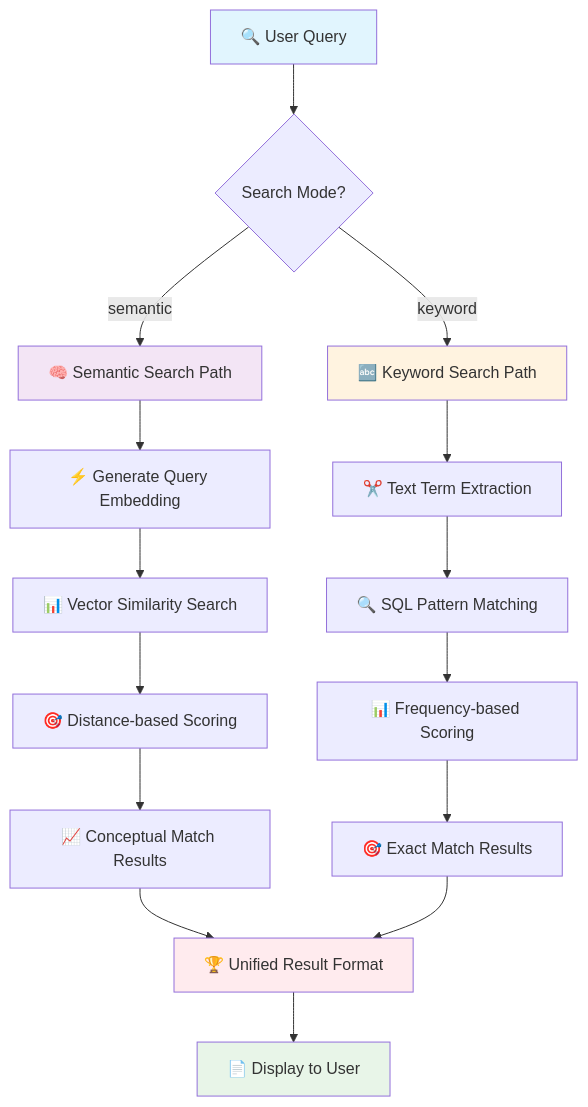
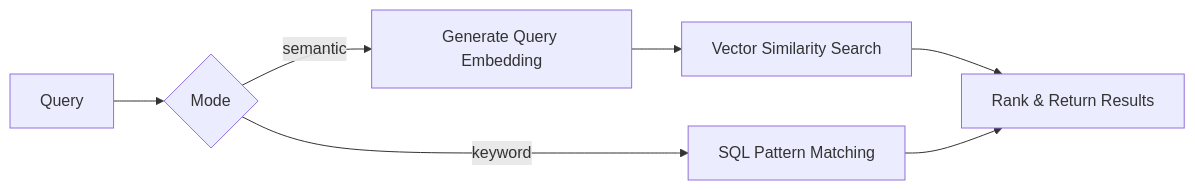
Before and after one commit to justmeloic/from-first-principles: the second of 2 diagrams in services/ai/src/indexing/README.md, drawn with Mermaid. The commit also changed other lines of this file, not shown here.

````diff
--- a/services/ai/src/indexing/README.md
+++ b/services/ai/src/indexing/README.md
@@ -179,26 +53,9 @@
 ```mermaid
-flowchart TD
-    A[🔍 User Query] --> B{Search Mode?}
-    B -->|semantic| C[🧠 Semantic Search Path]
-    B -->|keyword| D[🔤 Keyword Search Path]
-
-    C --> E[⚡ Generate Query Embedding]
-    E --> F[📊 Vector Similarity Search]
-    F --> G[🎯 Distance-based Scoring]
-    G --> H[📈 Conceptual Match Results]
-
-    D --> I[✂️ Text Term Extraction]
-    I --> J[🔍 SQL Pattern Matching]
-    J --> K[📊 Frequency-based Scoring]
-    K --> L[🎯 Exact Match Results]
-
-    H --> M[🏆 Unified Result Format]
-    L --> M
-    M --> N[📄 Display to User]
-
-    style A fill:#e1f5fe
-    style C fill:#f3e5f5
-    style D fill:#fff3e0
-    style M fill:#ffebee
-    style N fill:#e8f5e8
+flowchart LR
+    A[Query] --> B{Mode}
+    B -->|semantic| C[Generate Query Embedding]
+    C --> D[Vector Similarity Search]
+    D --> F[Rank & Return Results]
+    B -->|keyword| E[SQL Pattern Matching]
+    E --> F
 ```
````
